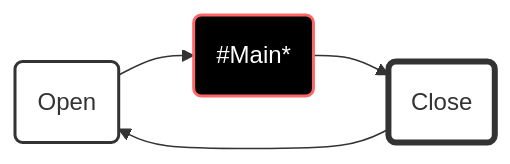
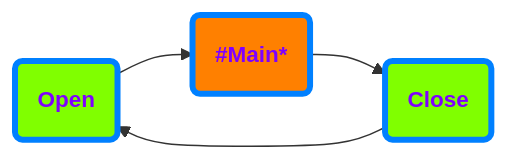
One commit to ix-ax/AXOpen changed the second of 4 diagrams in src/core/ctrl/README.md. Above: the diagram before and after it, drawn with Mermaid. The commit also changed other lines of this file and 1 other file, not shown here.

````diff
--- a/src/core/ctrl/README.md
+++ b/src/core/ctrl/README.md
@@ -35,8 +35,6 @@
 ```mermaid
   flowchart LR
-    id1(Open)-->id2(#Main*)-->id3(Close)-->id1(Open)
-    style id1 fill:#fff,stroke:#333,stroke-width:2px
-    style id2 fill:#000,stroke:#f66,stroke-width:2px,color:#fff
-    style id3 fill:#fff,stroke:#333,stroke-width:4px
-
+    classDef run fill:#80FF00,stroke:#0080FF,stroke-width:4px,color:#7F00FF,font-size:15px,font-weight:bold                                                      
+    classDef main fill:#ff8000,stroke:#0080ff,stroke-width:4px,color:#7F00FF,font-size:15px,font-weight:bold                                                                                                           
+    id1(Open):::run-->id2(#Main*):::main-->id3(Close):::run-->id1
 ```
````
